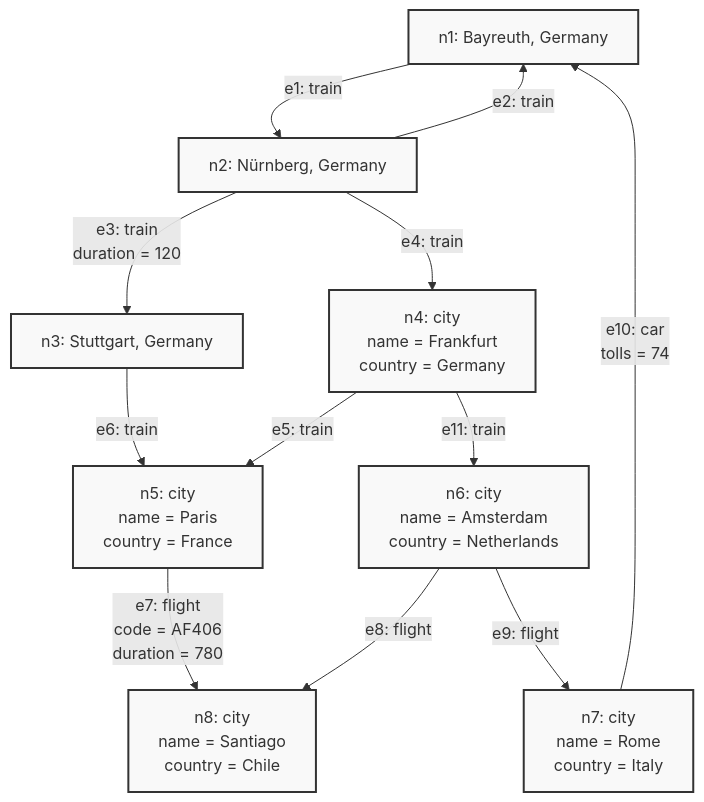
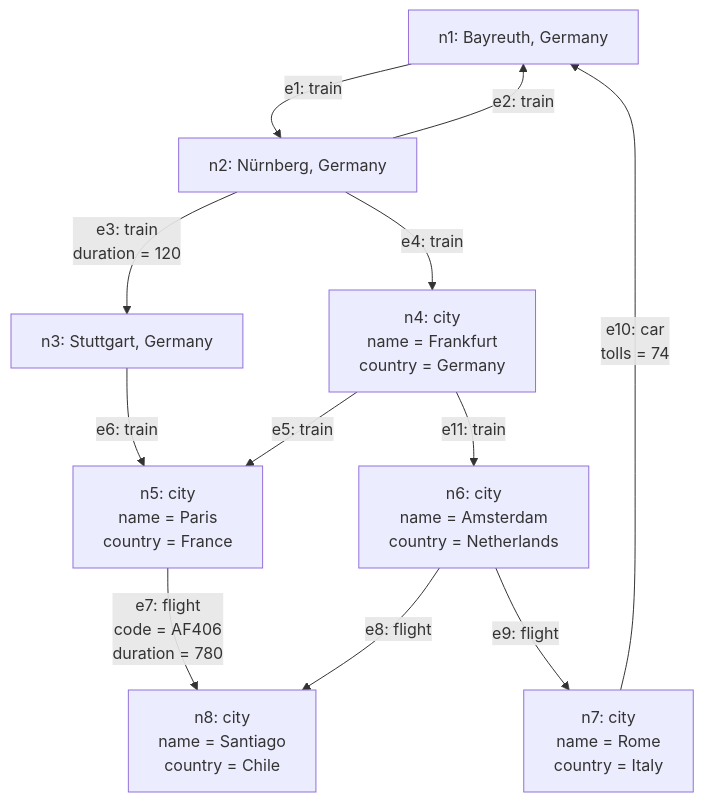
One commit to saqib-ali/docs changed the diagram in docs/querying/for.mdx. Above: the diagram before and after it, drawn with Mermaid.

Commit message:
Documentation edits made through Mintlify web editor

````diff
--- a/docs/querying/for.mdx
+++ b/docs/querying/for.mdx
@@ -5,26 +5,24 @@
 ```mermaid
 graph TB
     n1[n1: Bayreuth, Germany]
     n2[n2: Nürnberg, Germany]
     n3[n3: Stuttgart, Germany]
     n4[n4: city<br/>name = Frankfurt<br/>country = Germany]
     n5[n5: city<br/>name = Paris<br/>country = France]
     n6[n6: city<br/>name = Amsterdam<br/>country = Netherlands]
     n7[n7: city<br/>name = Rome<br/>country = Italy]
     n8[n8: city<br/>name = Santiago<br/>country = Chile]
     
     n1 -->|e1: train| n2
     n2 -->|e2: train| n1
     n2 -->|e3: train<br/>duration = 120| n3
     n2 -->|e4: train| n4
     n4 -->|e5: train| n5
     n3 -->|e6: train| n5
     n5 -->|e7: flight<br/>code = AF406<br/>duration = 780| n8
     n6 -->|e8: flight| n8
     n6 -->|e9: flight| n7
     n7 -->|e10: car<br/>tolls = 74| n1
     n4 -->|e11: train| n6
     
-    classDef cityNode fill:#f9f9f9,stroke:#333,stroke-width:2px
-    class n1,n2,n3,n4,n5,n6,n7,n8 cityNode
 ```
````
